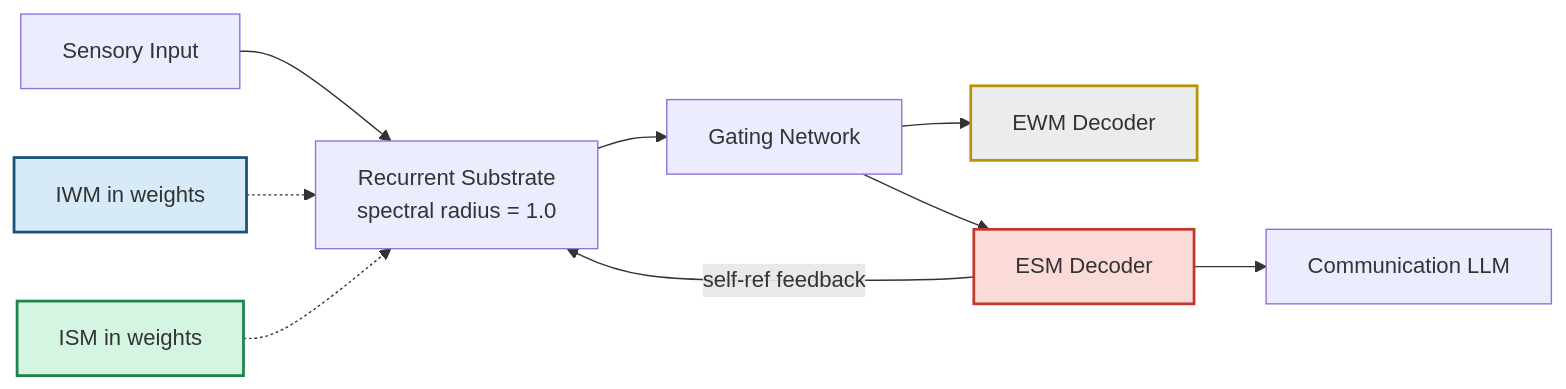
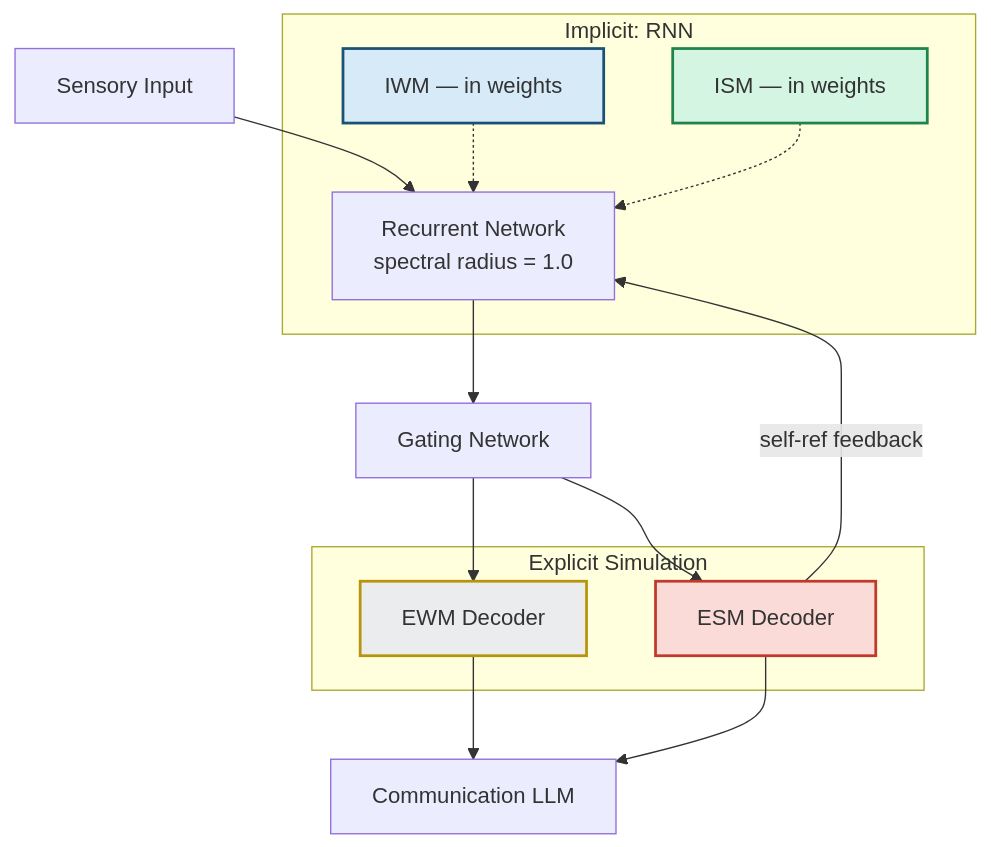
One commit to JeltzProstetnic/aIware changed the diagram in docs/engineering/designs/pdf/mmd/design-03-simple.mmd. Above: the diagram before and after it, drawn with Mermaid. The commit also changed 52 other files, not shown here.

First line of the commit message:
Session 129: AIW-15 diagram redesign (all 16 AC designs)

```diff
--- a/docs/engineering/designs/pdf/mmd/design-03-simple.mmd
+++ b/docs/engineering/designs/pdf/mmd/design-03-simple.mmd
@@ -1,13 +1,23 @@
-graph LR
-    SENS[Sensory Input] --> RNN[Recurrent Substrate<br/>spectral radius = 1.0]
-    RNN --> GATE[Gating Network]
-    GATE --> EWM[EWM Decoder]
-    GATE --> ESM[ESM Decoder]
+graph TD
+    SENS[Sensory Input] --> RNN
+    subgraph IMPL["Implicit: RNN"]
+        RNN["Recurrent Network<br/>spectral radius = 1.0"]
+        IWM["IWM — in weights"]
+        ISM["ISM — in weights"]
+    end
+    IWM -.-> RNN
+    ISM -.-> RNN
+    RNN --> GATE["Gating Network"]
+    GATE --> EWM
+    GATE --> ESM
+    subgraph EXPL["Explicit Simulation"]
+        EWM["EWM Decoder"]
+        ESM["ESM Decoder"]
+    end
     ESM -->|self-ref feedback| RNN
-    ESM --> COMM[Communication LLM]
-    IWM[IWM in weights] -.-> RNN
-    ISM[ISM in weights] -.-> RNN
+    EWM --> COMM[Communication LLM]
+    ESM --> COMM
     style IWM fill:#D6EAF8,stroke:#1A5276,stroke-width:2px
     style ISM fill:#D5F5E3,stroke:#1E8449,stroke-width:2px
     style EWM fill:#EAECEE,stroke:#B7950B,stroke-width:2px
     style ESM fill:#FADBD8,stroke:#C0392B,stroke-width:2px
```
